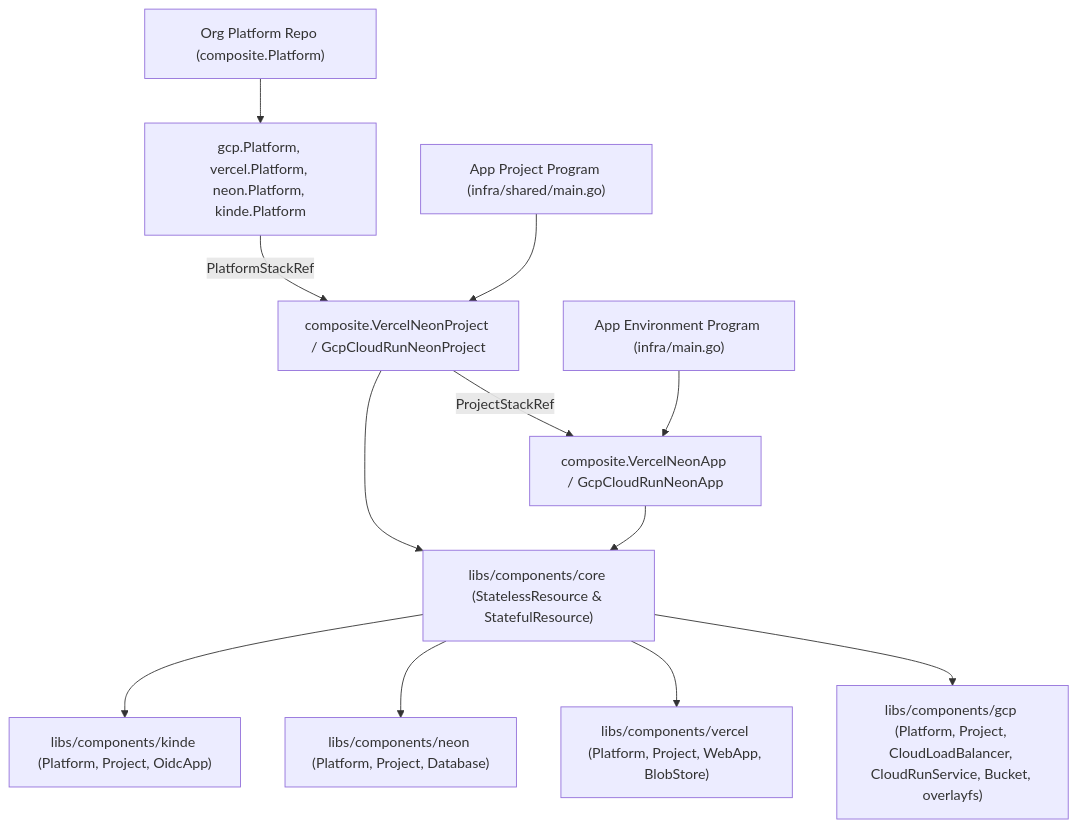
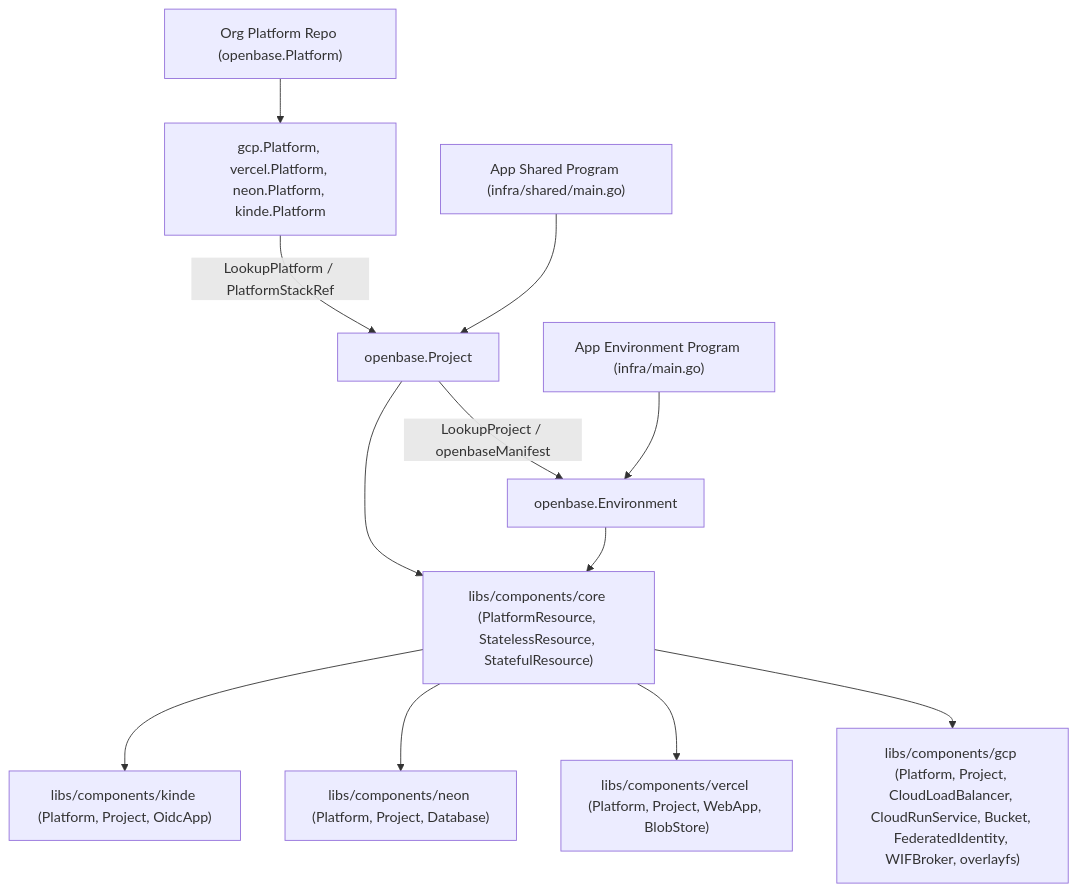
One commit to cloudvoyant/openbase changed the diagram in README.md. Above: the diagram before and after it, drawn with Mermaid. The commit also changed other lines of this file and 124 other files, not shown here.

First line of the commit message:
feat(components): unify platform, project, and environment scopes

````diff
--- a/README.md
+++ b/README.md
@@ -5,14 +5,14 @@
 ```mermaid
 flowchart TD
-    OrgProg["Org Platform Repo (composite.Platform)"] --> OrgBlocks["gcp.Platform, vercel.Platform, neon.Platform, kinde.Platform"]
-    ProjProg["App Project Program (infra/shared/main.go)"] --> ProjComp["composite.VercelNeonProject / GcpCloudRunNeonProject"]
-    EnvProg["App Environment Program (infra/main.go)"] --> AppComp["composite.VercelNeonApp / GcpCloudRunNeonApp"]
-    OrgBlocks -->|"PlatformStackRef"| ProjComp
-    ProjComp -->|"ProjectStackRef"| AppComp
-    ProjComp --> Core["libs/components/core (StatelessResource & StatefulResource)"]
-    AppComp --> Core
-    Core --> GCP["libs/components/gcp (Platform, Project, CloudLoadBalancer, CloudRunService, Bucket, overlayfs)"]
+    OrgProg["Org Platform Repo (openbase.Platform)"] --> OrgBlocks["gcp.Platform, vercel.Platform, neon.Platform, kinde.Platform"]
+    ProjProg["App Shared Program (infra/shared/main.go)"] --> ProjScope["openbase.Project"]
+    EnvProg["App Environment Program (infra/main.go)"] --> EnvScope["openbase.Environment"]
+    OrgBlocks -->|"LookupPlatform / PlatformStackRef"| ProjScope
+    ProjScope -->|"LookupProject / openbaseManifest"| EnvScope
+    ProjScope --> Core["libs/components/core (PlatformResource, StatelessResource, StatefulResource)"]
+    EnvScope --> Core
+    Core --> GCP["libs/components/gcp (Platform, Project, CloudLoadBalancer, CloudRunService, Bucket, FederatedIdentity, WIFBroker, overlayfs)"]
     Core --> Vercel["libs/components/vercel (Platform, Project, WebApp, BlobStore)"]
     Core --> Neon["libs/components/neon (Platform, Project, Database)"]
     Core --> Kinde["libs/components/kinde (Platform, Project, OidcApp)"]
 ```
````
